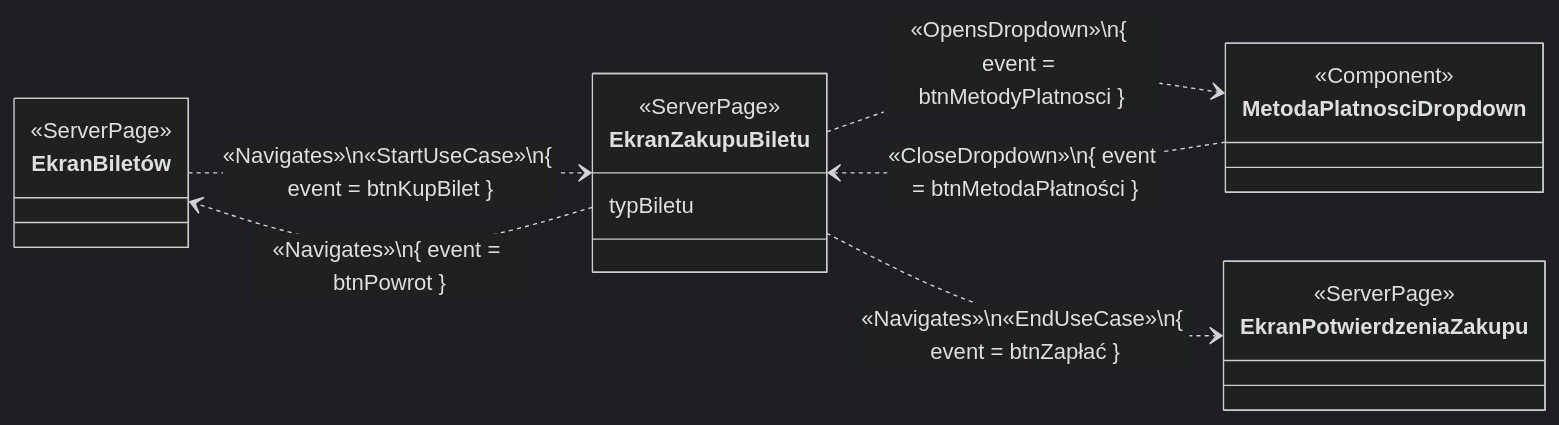
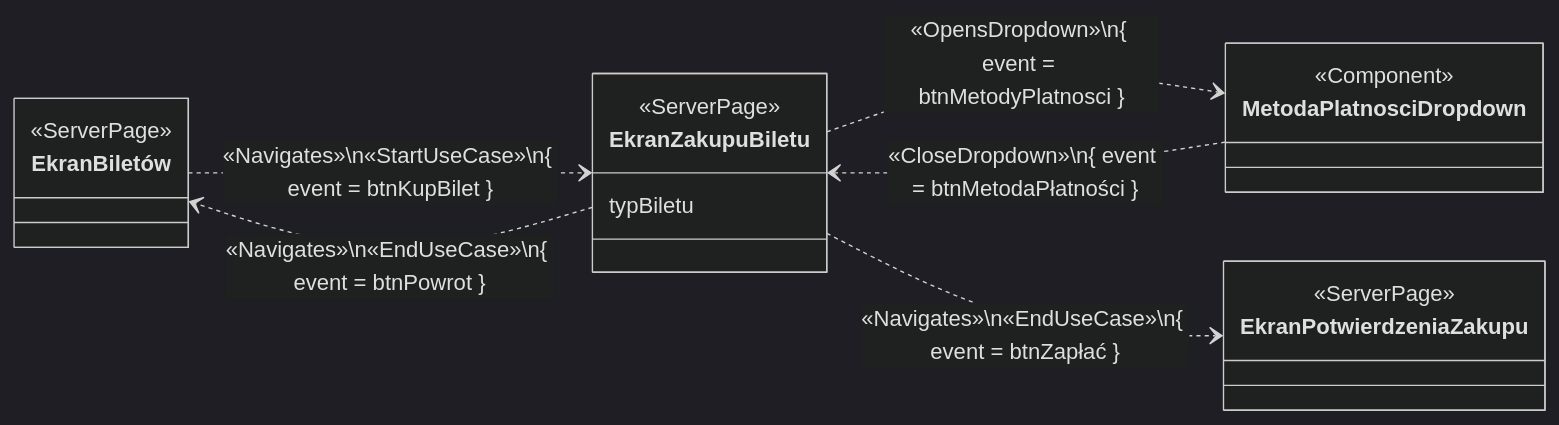
Before and after one commit to PWR-ACS-SE-24/SoftwareSystemDesign: the ninth of 9 diagrams in documentation/course/E1.md, drawn with Mermaid (dark theme).

````diff
--- a/documentation/course/E1.md
+++ b/documentation/course/E1.md
@@ -827,16 +827,16 @@
 ```mermaid
 classDiagram
     direction LR
     class EkranBiletów { <<ServerPage>> }
     class EkranZakupuBiletu { 
         <<ServerPage>>
         typBiletu }
     class MetodaPlatnosciDropdown { <<Component>> }
     class EkranPotwierdzeniaZakupu { <<ServerPage>> }
 
     EkranBiletów ..> EkranZakupuBiletu: «Navigates»\n«StartUseCase»\n{ event = btnKupBilet }
     EkranZakupuBiletu ..> MetodaPlatnosciDropdown: «OpensDropdown»\n{ event = btnMetodyPlatnosci }
     MetodaPlatnosciDropdown ..> EkranZakupuBiletu: «CloseDropdown»\n{ event = btnMetodaPłatności }
-    EkranZakupuBiletu ..> EkranBiletów: «Navigates»\n{ event = btnPowrot }
+    EkranZakupuBiletu ..> EkranBiletów: «Navigates»\n«EndUseCase»\n{ event = btnPowrot }
     EkranZakupuBiletu ..> EkranPotwierdzeniaZakupu: «Navigates»\n«EndUseCase»\n{ event = btnZapłać }
 ```
````
